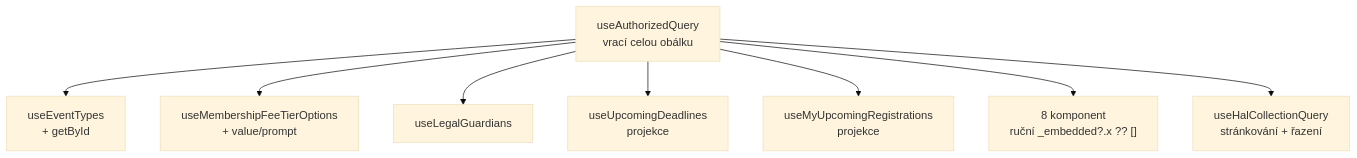
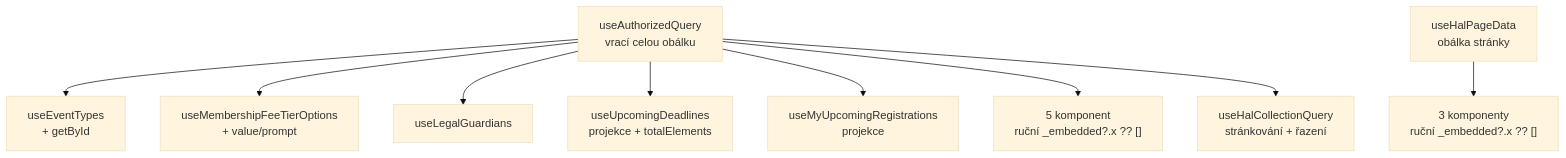
The diagram in openspec/changes/deepen-hal-collection/design.md (zabiny/klabis), drawn with Mermaid (base theme) before and after one commit. The commit also changed other lines of this file and 2 other files, not shown here.

Commit message:
docs(openspec): refine the HAL collection proposal

````diff
--- a/openspec/changes/deepen-hal-collection/design.md
+++ b/openspec/changes/deepen-hal-collection/design.md
@@ -7,10 +7,11 @@
 ```mermaid
 flowchart TD
   Q["useAuthorizedQuery<br/>vrací celou obálku"] --> H1["useEventTypes<br/>+ getById"]
   Q --> H2["useMembershipFeeTierOptions<br/>+ value/prompt"]
   Q --> H3["useLegalGuardians"]
-  Q --> H4["useUpcomingDeadlines<br/>projekce"]
+  Q --> H4["useUpcomingDeadlines<br/>projekce + totalElements"]
   Q --> H5["useMyUpcomingRegistrations<br/>projekce"]
-  Q --> C["8 komponent<br/>ruční _embedded?.x ?? []"]
+  Q --> C["5 komponent<br/>ruční _embedded?.x ?? []"]
+  PD["useHalPageData<br/>obálka stránky"] --> C2["3 komponenty<br/>ruční _embedded?.x ?? []"]
   Q --> T["useHalCollectionQuery<br/>stránkování + řazení"]
 ```
````
